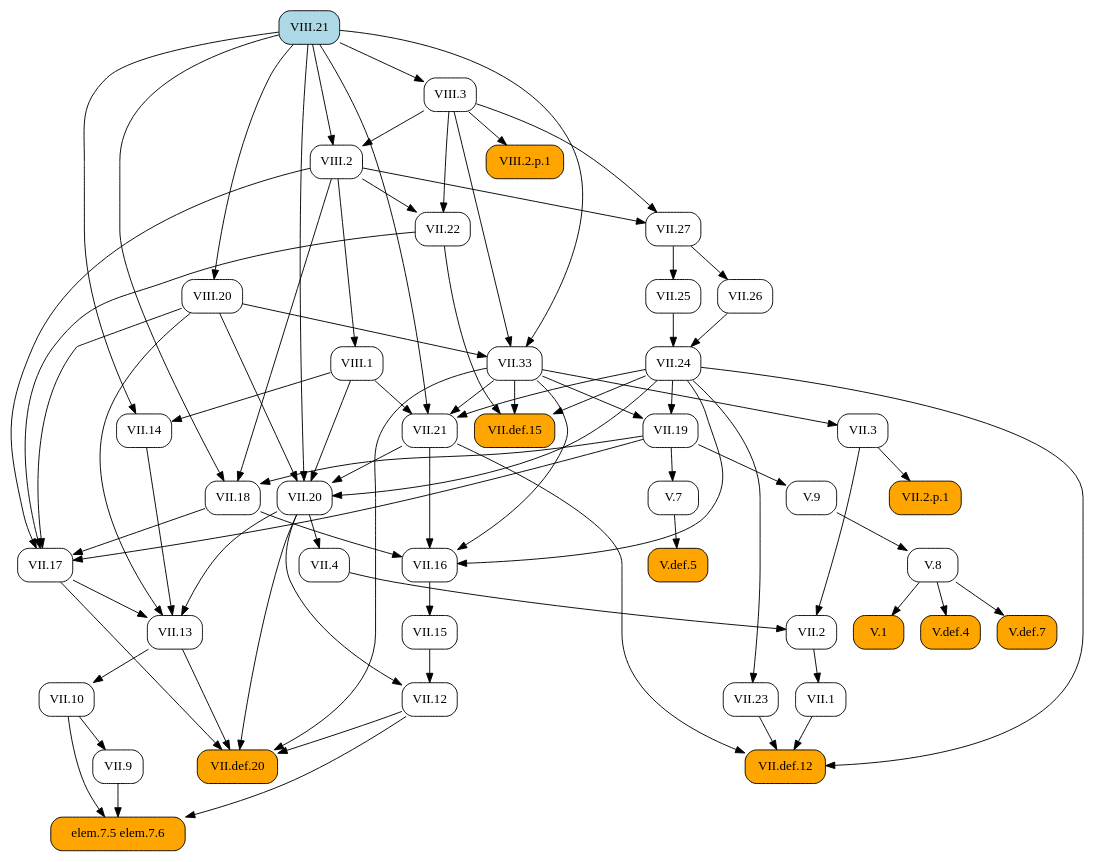
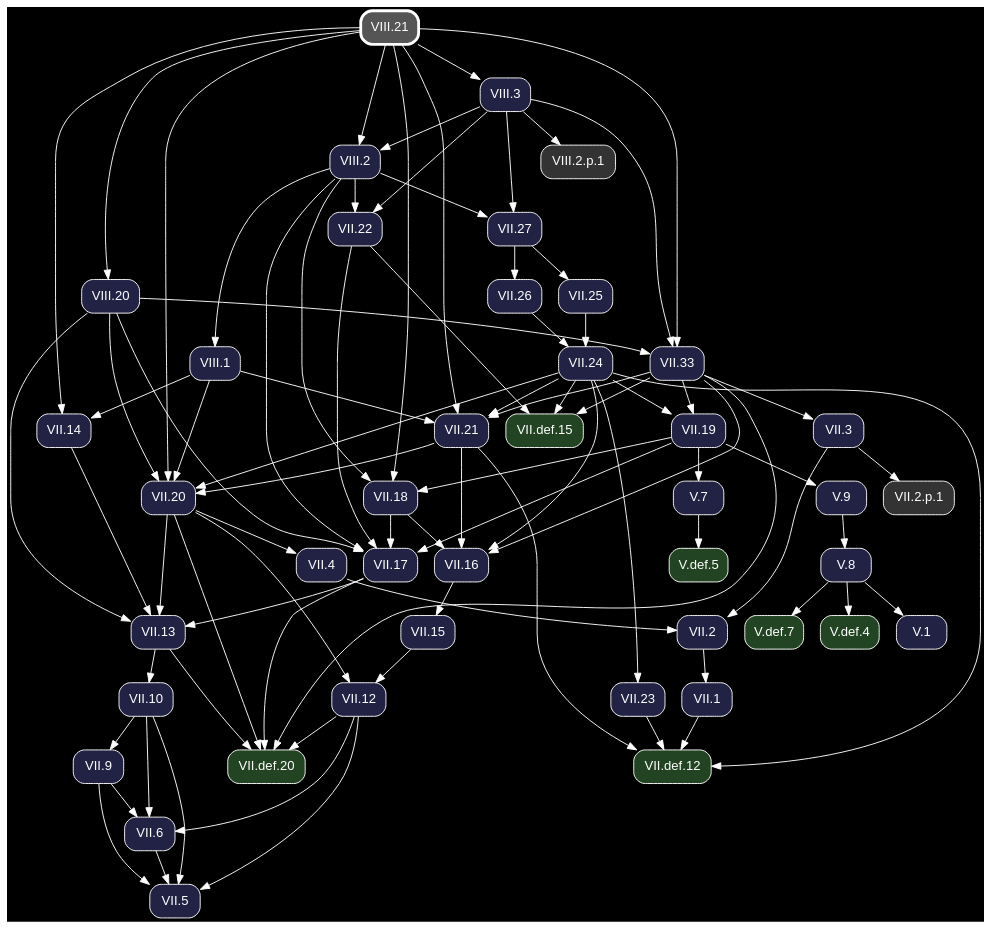
Before and after one commit to geometor/elements: the diagram in docsrc/heath/VIII/21/index.rst, drawn with Graphviz. The commit also changed other lines of this file and 1200 other files, not shown here.

Commit message:
update dependency graphs

```diff
--- a/docsrc/heath/VIII/21/index.rst
+++ b/docsrc/heath/VIII/21/index.rst
@@ -64,89 +64,59 @@
 .. graphviz::
 
    digraph {
+     bgcolor="black";
+     node [shape=box, style="rounded,filled", fontname="Helvetica", color="white", fontcolor="white"];
+     edge [color="white", fontcolor="white"];
      rankdir="TB";
-     node [shape=box, style=rounded];
-     "VII.33" [URL="/heath/VII/33/", target="_top"];
-     "VII.12" [URL="/heath/VII/12/", target="_top"];
-     "elem.7.5 elem.7.6" [style="rounded,filled", fillcolor=orange];
-     "VIII.20" [URL="/heath/VIII/20/", target="_top"];
-     "VII.9" [URL="/heath/VII/9/", target="_top"];
-     "VIII.2" [URL="/heath/VIII/2/", target="_top"];
-     "VII.18" [URL="/heath/VII/18/", target="_top"];
-     "VII.16" [URL="/heath/VII/16/", target="_top"];
-     "V.7" [URL="/heath/V/7/", target="_top"];
-     "VII.26" [URL="/heath/VII/26/", target="_top"];
-     "V.def.5" [style="rounded,filled", fillcolor=orange, URL="/heath/V/def.5/", target="_top"];
-     "V.9" [URL="/heath/V/9/", target="_top"];
-     "VII.10" [URL="/heath/VII/10/", target="_top"];
-     "VIII.3" [URL="/heath/VIII/3/", target="_top"];
-     "VII.13" [URL="/heath/VII/13/", target="_top"];
-     "VII.def.15" [style="rounded,filled", fillcolor=orange, URL="/heath/VII/def.15/", target="_top"];
-     "VII.17" [URL="/heath/VII/17/", target="_top"];
-     "VII.19" [URL="/heath/VII/19/", target="_top"];
-     "VIII.2.p.1" [style="rounded,filled", fillcolor=orange];
-     "VII.2" [URL="/heath/VII/2/", target="_top"];
-     "VII.def.20" [style="rounded,filled", fillcolor=orange, URL="/heath/VII/def.20/", target="_top"];
-     "VII.2.p.1" [style="rounded,filled", fillcolor=orange];
-     "VII.15" [URL="/heath/VII/15/", target="_top"];
-     "V.def.4" [style="rounded,filled", fillcolor=orange, URL="/heath/V/def.4/", target="_top"];
-     "V.def.7" [style="rounded,filled", fillcolor=orange, URL="/heath/V/def.7/", target="_top"];
-     "VII.14" [URL="/heath/VII/14/", target="_top"];
-     "VIII.21" [style="rounded,filled", fillcolor=lightblue, URL="/heath/VIII/21/", target="_top"];
-     "VII.27" [URL="/heath/VII/27/", target="_top"];
-     "VII.21" [URL="/heath/VII/21/", target="_top"];
-     "VII.22" [URL="/heath/VII/22/", target="_top"];
-     "VII.25" [URL="/heath/VII/25/", target="_top"];
-     "VIII.1" [URL="/heath/VIII/1/", target="_top"];
-     "VII.1" [URL="/heath/VII/1/", target="_top"];
-     "V.8" [URL="/heath/V/8/", target="_top"];
-     "VII.23" [URL="/heath/VII/23/", target="_top"];
-     "VII.4" [URL="/heath/VII/4/", target="_top"];
-     "VII.def.12" [style="rounded,filled", fillcolor=orange, URL="/heath/VII/def.12/", target="_top"];
-     "V.1" [style="rounded,filled", fillcolor=orange, URL="/heath/V/1/", target="_top"];
-     "VII.3" [URL="/heath/VII/3/", target="_top"];
-     "VII.24" [URL="/heath/VII/24/", target="_top"];
-     "VII.20" [URL="/heath/VII/20/", target="_top"];
+     "VII.33" [fillcolor="#222244", URL="/heath/VII/33/", target="_top"];
+     "V.def.5" [fillcolor="#224422", URL="/heath/V/def.5/", target="_top"];
+     "VII.18" [fillcolor="#222244", URL="/heath/VII/18/", target="_top"];
+     "VII.2" [fillcolor="#222244", URL="/heath/VII/2/", target="_top"];
+     "VII.def.20" [fillcolor="#224422", URL="/heath/VII/def.20/", target="_top"];
+     "VIII.21" [penwidth=3, color="white", fillcolor="#555555", URL="/heath/VIII/21/", target="_top"];
+     "VII.26" [fillcolor="#222244", URL="/heath/VII/26/", target="_top"];
+     "VII.1" [fillcolor="#222244", URL="/heath/VII/1/", target="_top"];
+     "VII.13" [fillcolor="#222244", URL="/heath/VII/13/", target="_top"];
+     "VIII.2.p.1" [fillcolor="#333333"];
+     "VII.27" [fillcolor="#222244", URL="/heath/VII/27/", target="_top"];
+     "VII.4" [fillcolor="#222244", URL="/heath/VII/4/", target="_top"];
+     "VII.25" [fillcolor="#222244", URL="/heath/VII/25/", target="_top"];
+     "VIII.20" [fillcolor="#222244", URL="/heath/VIII/20/", target="_top"];
+     "VII.21" [fillcolor="#222244", URL="/heath/VII/21/", target="_top"];
+     "VII.9" [fillcolor="#222244", URL="/heath/VII/9/", target="_top"];
+     "V.7" [fillcolor="#222244", URL="/heath/V/7/", target="_top"];
+     "VII.12" [fillcolor="#222244", URL="/heath/VII/12/", target="_top"];
+     "V.9" [fillcolor="#222244", URL="/heath/V/9/", target="_top"];
+     "VII.17" [fillcolor="#222244", URL="/heath/VII/17/", target="_top"];
+     "VII.24" [fillcolor="#222244", URL="/heath/VII/24/", target="_top"];
+     "VII.22" [fillcolor="#222244", URL="/heath/VII/22/", target="_top"];
+     "VIII.2" [fillcolor="#222244", URL="/heath/VIII/2/", target="_top"];
+     "V.def.7" [fillcolor="#224422", URL="/heath/V/def.7/", target="_top"];
+     "VII.20" [fillcolor="#222244", URL="/heath/VII/20/", target="_top"];
+     "V.def.4" [fillcolor="#224422", URL="/heath/V/def.4/", target="_top"];
+     "VII.5" [fillcolor="#222244", URL="/heath/VII/5/", target="_top"];
+     "VII.def.15" [fillcolor="#224422", URL="/heath/VII/def.15/", target="_top"];
+     "VIII.3" [fillcolor="#222244", URL="/heath/VIII/3/", target="_top"];
+     "VII.2.p.1" [fillcolor="#333333"];
+     "VII.6" [fillcolor="#222244", URL="/heath/VII/6/", target="_top"];
+     "VII.16" [fillcolor="#222244", URL="/heath/VII/16/", target="_top"];
+     "VII.15" [fillcolor="#222244", URL="/heath/VII/15/", target="_top"];
+     "V.1" [fillcolor="#222244", URL="/heath/V/1/", target="_top"];
+     "VII.10" [fillcolor="#222244", URL="/heath/VII/10/", target="_top"];
+     "VII.23" [fillcolor="#222244", URL="/heath/VII/23/", target="_top"];
+     "VII.def.12" [fillcolor="#224422", URL="/heath/VII/def.12/", target="_top"];
+     "VII.19" [fillcolor="#222244", URL="/heath/VII/19/", target="_top"];
+     "VIII.1" [fillcolor="#222244", URL="/heath/VIII/1/", target="_top"];
+     "V.8" [fillcolor="#222244", URL="/heath/V/8/", target="_top"];
+     "VII.3" [fillcolor="#222244", URL="/heath/VII/3/", target="_top"];
+     "VII.14" [fillcolor="#222244", URL="/heath/VII/14/", target="_top"];
      "VIII.3" -> "VII.33";
      "VIII.20" -> "VII.33";
      "VIII.21" -> "VII.33";
-     "VII.15" -> "VII.12";
-     "VII.20" -> "VII.12";
-     "VII.9" -> "elem.7.5 elem.7.6";
-     "VII.10" -> "elem.7.5 elem.7.6";
-     "VII.12" -> "elem.7.5 elem.7.6";
-     "VIII.21" -> "VIII.20";
-     "VII.10" -> "VII.9";
-     "VIII.3" -> "VIII.2";
-     "VIII.21" -> "VIII.2";
+     "V.7" -> "V.def.5";
      "VII.19" -> "VII.18";
      "VIII.2" -> "VII.18";
      "VIII.21" -> "VII.18";
-     "VII.18" -> "VII.16";
-     "VII.21" -> "VII.16";
-     "VII.24" -> "VII.16";
-     "VII.33" -> "VII.16";
-     "VII.19" -> "V.7";
-     "VII.27" -> "VII.26";
-     "V.7" -> "V.def.5";
-     "VII.19" -> "V.9";
-     "VII.13" -> "VII.10";
-     "VIII.21" -> "VIII.3";
-     "VII.14" -> "VII.13";
-     "VII.17" -> "VII.13";
-     "VII.20" -> "VII.13";
-     "VIII.20" -> "VII.13";
-     "VII.22" -> "VII.def.15";
-     "VII.24" -> "VII.def.15";
-     "VII.33" -> "VII.def.15";
-     "VII.18" -> "VII.17";
-     "VII.19" -> "VII.17";
-     "VII.22" -> "VII.17";
-     "VIII.2" -> "VII.17";
-     "VIII.20" -> "VII.17";
-     "VII.24" -> "VII.19";
-     "VII.33" -> "VII.19";
-     "VIII.3" -> "VIII.2.p.1";
      "VII.3" -> "VII.2";
      "VII.4" -> "VII.2";
      "VII.12" -> "VII.def.20";
@@ -154,37 +124,74 @@
      "VII.17" -> "VII.def.20";
      "VII.20" -> "VII.def.20";
      "VII.33" -> "VII.def.20";
-     "VII.3" -> "VII.2.p.1";
-     "VII.16" -> "VII.15";
-     "V.8" -> "V.def.4";
-     "V.8" -> "V.def.7";
-     "VIII.1" -> "VII.14";
-     "VIII.21" -> "VII.14";
+     "VII.27" -> "VII.26";
+     "VII.2" -> "VII.1";
+     "VII.14" -> "VII.13";
+     "VII.17" -> "VII.13";
+     "VII.20" -> "VII.13";
+     "VIII.20" -> "VII.13";
+     "VIII.3" -> "VIII.2.p.1";
      "VIII.2" -> "VII.27";
      "VIII.3" -> "VII.27";
+     "VII.20" -> "VII.4";
+     "VII.27" -> "VII.25";
+     "VIII.21" -> "VIII.20";
      "VII.24" -> "VII.21";
      "VII.33" -> "VII.21";
      "VIII.1" -> "VII.21";
      "VIII.21" -> "VII.21";
+     "VII.10" -> "VII.9";
+     "VII.19" -> "V.7";
+     "VII.15" -> "VII.12";
+     "VII.20" -> "VII.12";
+     "VII.19" -> "V.9";
+     "VII.18" -> "VII.17";
+     "VII.19" -> "VII.17";
+     "VII.22" -> "VII.17";
+     "VIII.2" -> "VII.17";
+     "VIII.20" -> "VII.17";
+     "VII.25" -> "VII.24";
+     "VII.26" -> "VII.24";
      "VIII.2" -> "VII.22";
      "VIII.3" -> "VII.22";
-     "VII.27" -> "VII.25";
-     "VIII.2" -> "VIII.1";
-     "VII.2" -> "VII.1";
-     "V.9" -> "V.8";
-     "VII.24" -> "VII.23";
-     "VII.20" -> "VII.4";
-     "VII.1" -> "VII.def.12";
-     "VII.21" -> "VII.def.12";
-     "VII.23" -> "VII.def.12";
-     "VII.24" -> "VII.def.12";
-     "V.8" -> "V.1";
-     "VII.33" -> "VII.3";
-     "VII.25" -> "VII.24";
-     "VII.26" -> "VII.24";
+     "VIII.3" -> "VIII.2";
+     "VIII.21" -> "VIII.2";
+     "V.8" -> "V.def.7";
      "VII.21" -> "VII.20";
      "VII.24" -> "VII.20";
      "VIII.1" -> "VII.20";
      "VIII.20" -> "VII.20";
      "VIII.21" -> "VII.20";
+     "V.8" -> "V.def.4";
+     "VII.6" -> "VII.5";
+     "VII.9" -> "VII.5";
+     "VII.10" -> "VII.5";
+     "VII.12" -> "VII.5";
+     "VII.22" -> "VII.def.15";
+     "VII.24" -> "VII.def.15";
+     "VII.33" -> "VII.def.15";
+     "VIII.21" -> "VIII.3";
+     "VII.3" -> "VII.2.p.1";
+     "VII.9" -> "VII.6";
+     "VII.10" -> "VII.6";
+     "VII.12" -> "VII.6";
+     "VII.18" -> "VII.16";
+     "VII.21" -> "VII.16";
+     "VII.24" -> "VII.16";
+     "VII.33" -> "VII.16";
+     "VII.16" -> "VII.15";
+     "V.8" -> "V.1";
+     "VII.13" -> "VII.10";
+     "VII.24" -> "VII.23";
+     "VII.1" -> "VII.def.12";
+     "VII.21" -> "VII.def.12";
+     "VII.23" -> "VII.def.12";
+     "VII.24" -> "VII.def.12";
+     "VII.24" -> "VII.19";
+     "VII.33" -> "VII.19";
+     "VIII.2" -> "VIII.1";
+     "V.9" -> "V.8";
+     "VII.33" -> "VII.3";
+     "VIII.1" -> "VII.14";
+     "VIII.21" -> "VII.14";
    }
```
